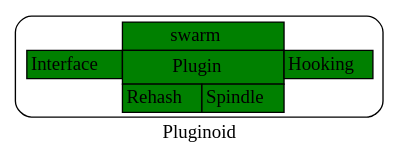
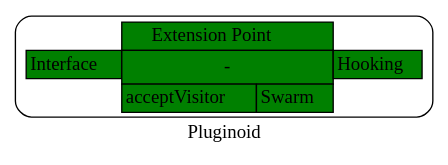
The diagram in libs/plugin/pluginoid_table.dot (kamanashisroy/shotodol), drawn with Graphviz before and after one commit. The commit also changed 4 other files, not shown here.

```diff
--- a/libs/plugin/pluginoid_table.dot
+++ b/libs/plugin/pluginoid_table.dot
@@ -1,11 +1,11 @@
 digraph pluginoid {
 	label="Pluginoid"
 	rankdir=LR;
 	node[shape=Mrecord];
 	pluginoid2 [label = <<table border="0" cellspacing="0">
-                    <tr><td border="0"></td><td colspan="2" border="1" bgcolor="green">swarm</td><td border="0"></td></tr>
-                    <tr><td border="1" bgcolor="green">Interface</td><td colspan="2" rowspan="2" border="1" bgcolor="green">Plugin</td><td border="1" bgcolor="green">Hooking</td></tr>
+                    <tr><td border="0"></td><td colspan="2" border="1" bgcolor="green">Extension Point</td><td border="0"></td></tr>
+                    <tr><td border="1" bgcolor="green">Interface</td><td colspan="2" rowspan="2" border="1" bgcolor="green">-</td><td border="1" bgcolor="green">Hooking</td></tr>
                     <tr><td border="0"></td><td border="0"></td></tr>
-                    <tr><td border="0"></td><td border="1" bgcolor="green">Rehash</td><td border="1" bgcolor="green">Spindle</td><td border="0"></td></tr>
+                    <tr><td border="0"></td><td border="1" bgcolor="green">acceptVisitor</td><td border="1" bgcolor="green">Swarm</td><td border="0"></td></tr>
                 </table>>]
 }
```
